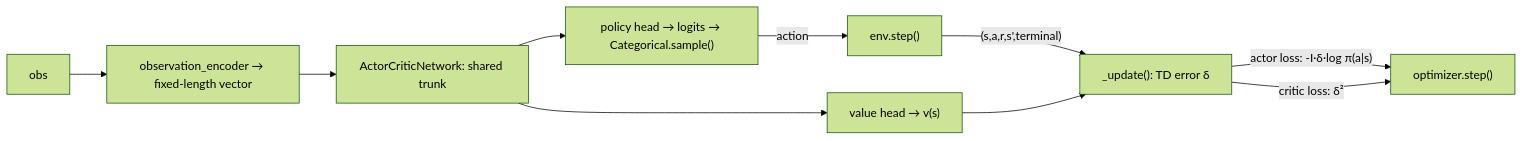
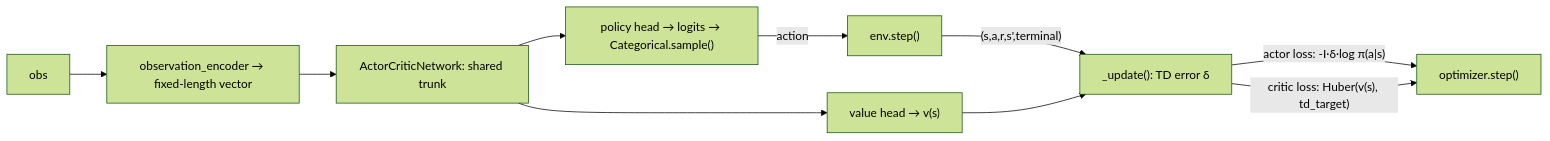
The diagram in docs/algorithms/actor-critic.md (ProValarous/Predator-Prey-Archetype-Gridworld-Environment), drawn with Mermaid (forest theme) before and after one commit. The commit also changed other lines of this file and 10 other files, not shown here.

````diff
--- a/docs/algorithms/actor-critic.md
+++ b/docs/algorithms/actor-critic.md
@@ -46,12 +47,12 @@
 ```mermaid
 flowchart LR
     OBS["obs"] --> ENC["observation_encoder → fixed-length vector"]
     ENC --> NET["ActorCriticNetwork: shared trunk"]
     NET --> POL["policy head → logits → Categorical.sample()"]
     NET --> VAL["value head → v(s)"]
     POL -->|"action"| ENV["env.step()"]
     ENV -->|"(s,a,r,s',terminal)"| UPD["_update(): TD error δ"]
     VAL --> UPD
     UPD -->|"actor loss: -I·δ·log π(a|s)"| OPT["optimizer.step()"]
-    UPD -->|"critic loss: δ²"| OPT
+    UPD -->|"critic loss: Huber(v(s), td_target)"| OPT
 ```
````
